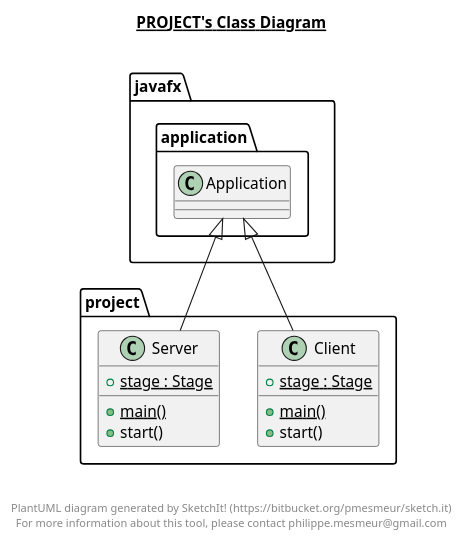
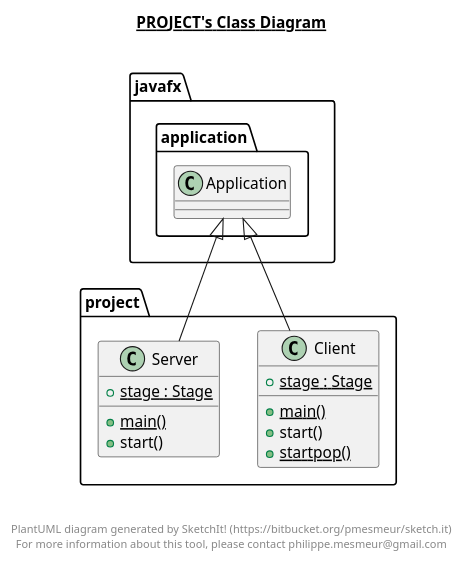
One commit to kplusa/Firma-Transportowa changed the diagram in src/project/project.plantuml. Above: the diagram before and after it, drawn with PlantUML. The commit also changed 51 other files, not shown here.

```diff
--- a/src/project/project.plantuml
+++ b/src/project/project.plantuml
@@ -1,34 +1,35 @@
 @startuml
 
 title __PROJECT's Class Diagram__\n
 
   namespace project {
     class project.Client {
         {static} + stage : Stage
         {static} + main()
         + start()
+        {static} + startpop()
     }
   }
   
 
   namespace project {
     class project.Server {
         {static} + stage : Stage
         {static} + main()
         + start()
     }
   }
   
 
   project.Client -up-|> javafx.application.Application
   project.Server -up-|> javafx.application.Application
 
 
 right footer
 
 
 PlantUML diagram generated by SketchIt! (https://bitbucket.org/pmesmeur/sketch.it)
 For more information about this tool, please contact philippe.mesmeur@gmail.com
 endfooter
 
 @enduml
```
